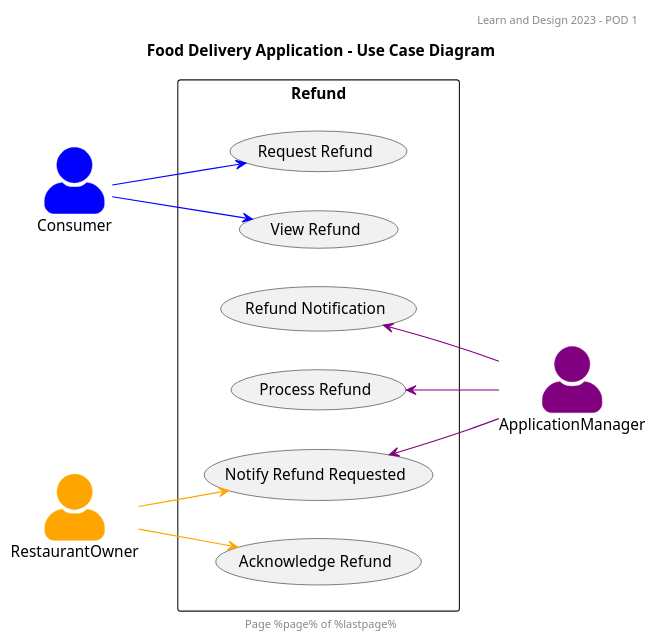
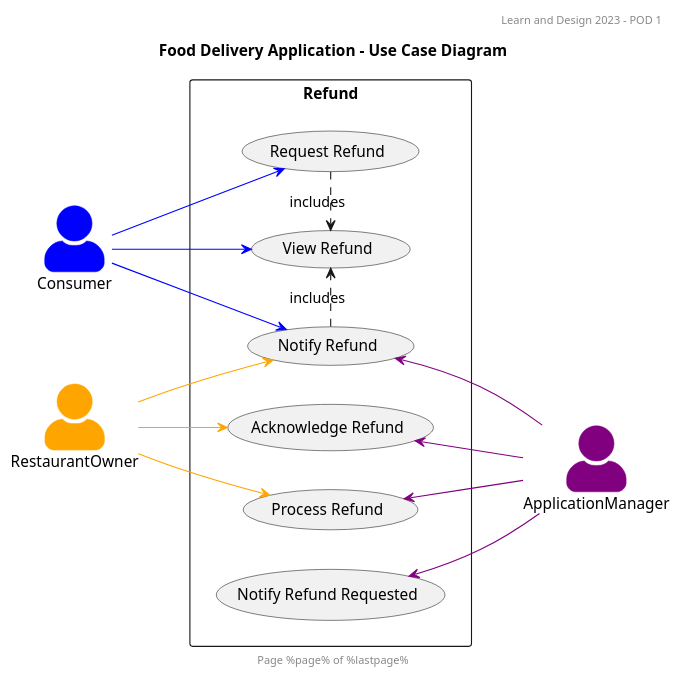
One commit to WestonDockstader/FoodDeliveryApp changed the diagram in UseCaseDiagrams/FoodDeliveryApp-Refund-UseCases.puml. Above: the diagram before and after it, drawn with PlantUML. The commit also changed 8 other files, not shown here.

```diff
--- a/UseCaseDiagrams/FoodDeliveryApp-Refund-UseCases.puml
+++ b/UseCaseDiagrams/FoodDeliveryApp-Refund-UseCases.puml
@@ -1,29 +1,35 @@
 @startuml
 header Learn and Design 2023 - POD 1
 footer Page %page% of %lastpage%
 title: Food Delivery Application - Use Case Diagram
 
 left to right direction
 
 skinparam actorStyle awesome
 
 actor Consumer #blue;line:blue
 actor RestaurantOwner #orange;line:orange
 actor ApplicationManager #purple;line:purple
 
 rectangle Refund {
     together {
         Consumer -[#blue]-> (Request Refund)
+        Consumer -[#blue]-> (Notify Refund)
         Consumer -[#blue]-> (View Refund)
     }
     together {
-        (Refund Notification) <-[#purple]- ApplicationManager
+        (Notify Refund) <-[#purple]- ApplicationManager
+        (Acknowledge Refund) <-[#purple]- ApplicationManager
         (Process Refund) <-[#purple]- ApplicationManager
         (Notify Refund Requested) <-[#purple]- ApplicationManager
     }
     together {
-        RestaurantOwner  -[#orange]-> (Notify Refund Requested)
+        RestaurantOwner  -[#orange]-> (Notify Refund)
         RestaurantOwner  -[#orange]-> (Acknowledge Refund)
+        RestaurantOwner  -[#orange]-> (Process Refund)
     }
+
+    (Request Refund) .> (View Refund) : includes
+    (Notify Refund) .> (View Refund) : includes
 }
 @enduml
```
